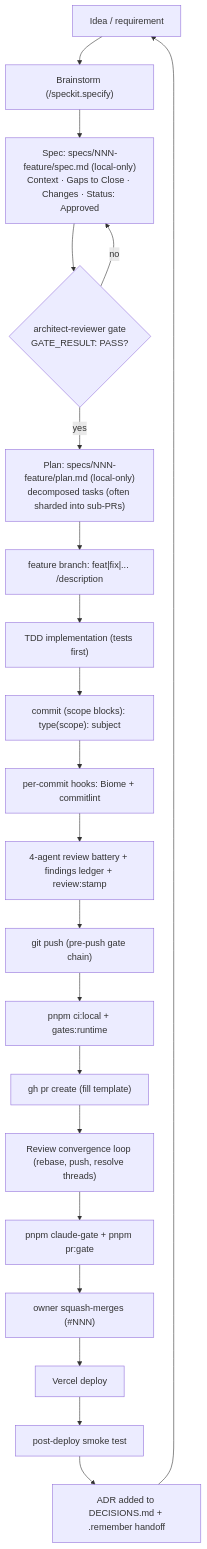
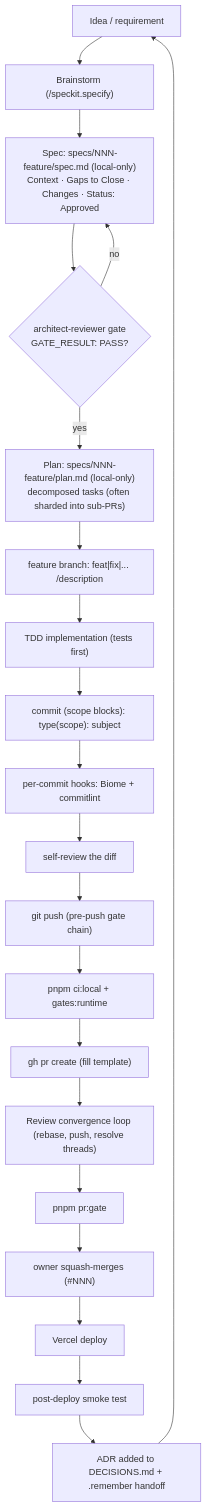
One commit to erikunha/portfolio changed the first of 2 diagrams in docs/handbook/development-lifecycle.md. Above: the diagram before and after it, drawn with Mermaid. The commit also changed other lines of this file and 77 other files, not shown here.

First line of the commit message:
chore(harness)!: remove the AI-review gate chain and every agent-runtime hook

````diff
--- a/docs/handbook/development-lifecycle.md
+++ b/docs/handbook/development-lifecycle.md
@@ -7,23 +7,23 @@
 ```mermaid
 flowchart TD
     idea["Idea / requirement"] --> brainstorm["Brainstorm (/speckit.specify)"]
     brainstorm --> spec["Spec: specs/NNN-feature/spec.md (local-only)<br/>Context · Gaps to Close · Changes · Status: Approved"]
     spec --> agate{"architect-reviewer gate<br/>GATE_RESULT: PASS?"}
     agate -->|no| spec
     agate -->|yes| plan["Plan: specs/NNN-feature/plan.md (local-only)<br/>decomposed tasks (often sharded into sub-PRs)"]
     plan --> branch["feature branch: feat|fix|... /description"]
     branch --> tdd["TDD implementation (tests first)"]
     tdd --> commit["commit (scope blocks): type(scope): subject"]
     commit --> hooks["per-commit hooks: Biome + commitlint"]
-    hooks --> battery["4-agent review battery + findings ledger + review:stamp"]
+    hooks --> battery["self-review the diff"]
     battery --> push["git push (pre-push gate chain)"]
     push --> readypr["pnpm ci:local + gates:runtime"]
     readypr --> pr["gh pr create (fill template)"]
     pr --> conv["Review convergence loop (rebase, push, resolve threads)"]
-    conv --> readymerge["pnpm claude-gate + pnpm pr:gate"]
+    conv --> readymerge["pnpm pr:gate"]
     readymerge --> merge["owner squash-merges (#NNN)"]
     merge --> deploy["Vercel deploy"]
     deploy --> smoke["post-deploy smoke test"]
     smoke --> adr["ADR added to DECISIONS.md + .remember handoff"]
     adr --> idea
 ```
````
